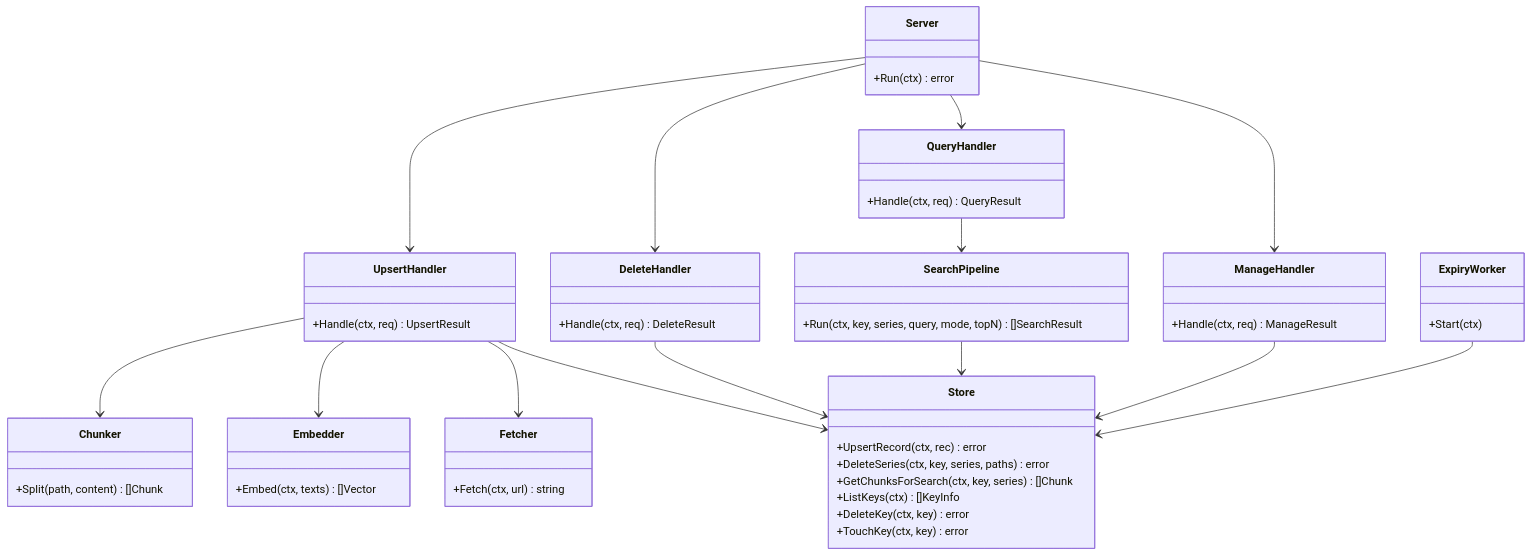
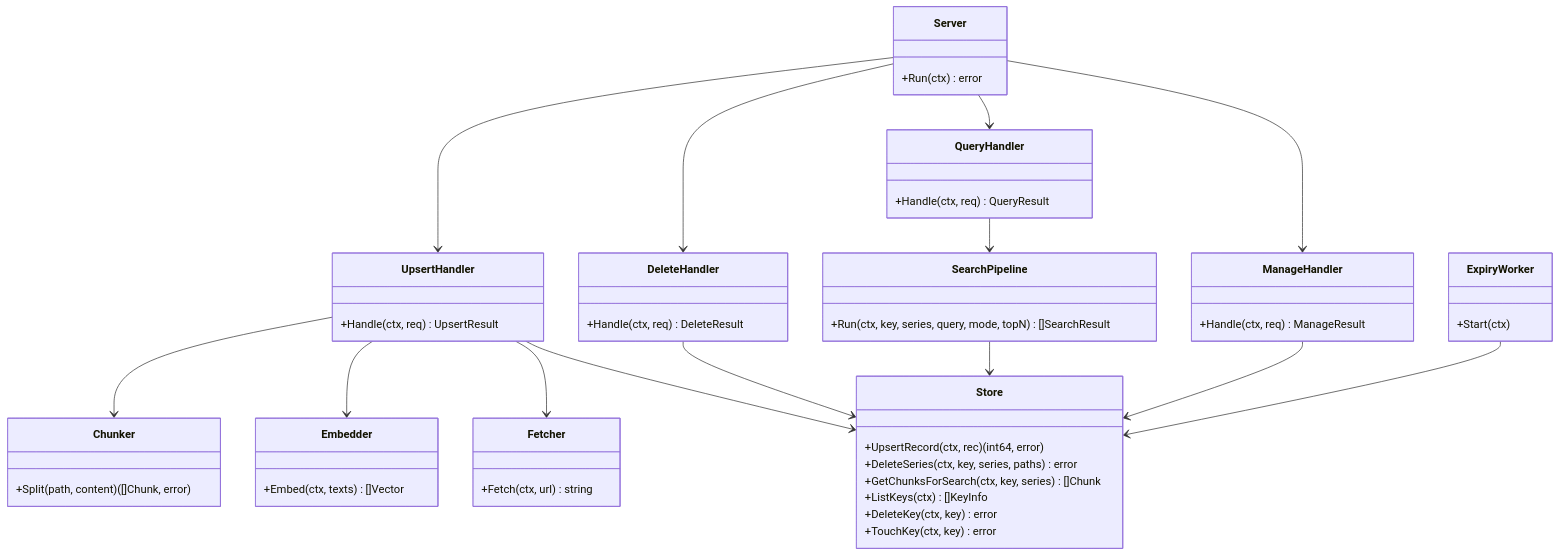
Before and after one commit to BlueEventHorizon/doc-db-mcp-server: the second of 5 diagrams in docs/specs/base/design/DES-001_doc_db_mcp_server_design.md, drawn with Mermaid. The commit also changed other lines of this file and 9 other files, not shown here.

````diff
--- a/docs/specs/base/design/DES-001_doc_db_mcp_server_design.md
+++ b/docs/specs/base/design/DES-001_doc_db_mcp_server_design.md
@@ -72,55 +72,55 @@
 ```mermaid
 classDiagram
     class Server {
         +Run(ctx) error
     }
     class UpsertHandler {
         +Handle(ctx, req) UpsertResult
     }
     class DeleteHandler {
         +Handle(ctx, req) DeleteResult
     }
     class QueryHandler {
         +Handle(ctx, req) QueryResult
     }
     class ManageHandler {
         +Handle(ctx, req) ManageResult
     }
     class Store {
-        +UpsertRecord(ctx, rec) error
+        +UpsertRecord(ctx, rec) (int64, error)
         +DeleteSeries(ctx, key, series, paths) error
         +GetChunksForSearch(ctx, key, series) []Chunk
         +ListKeys(ctx) []KeyInfo
         +DeleteKey(ctx, key) error
         +TouchKey(ctx, key) error
     }
     class Chunker {
-        +Split(path, content) []Chunk
+        +Split(path, content) ([]Chunk, error)
     }
     class Embedder {
         +Embed(ctx, texts) []Vector
     }
     class Fetcher {
         +Fetch(ctx, url) string
     }
     class SearchPipeline {
         +Run(ctx, key, series, query, mode, topN) []SearchResult
     }
     class ExpiryWorker {
         +Start(ctx)
     }
 
     Server --> UpsertHandler
     Server --> DeleteHandler
     Server --> QueryHandler
     Server --> ManageHandler
     ManageHandler --> Store
     UpsertHandler --> Chunker
     UpsertHandler --> Embedder
     UpsertHandler --> Fetcher
     UpsertHandler --> Store
     DeleteHandler --> Store
     QueryHandler --> SearchPipeline
     SearchPipeline --> Store
     ExpiryWorker --> Store
 ```
````
